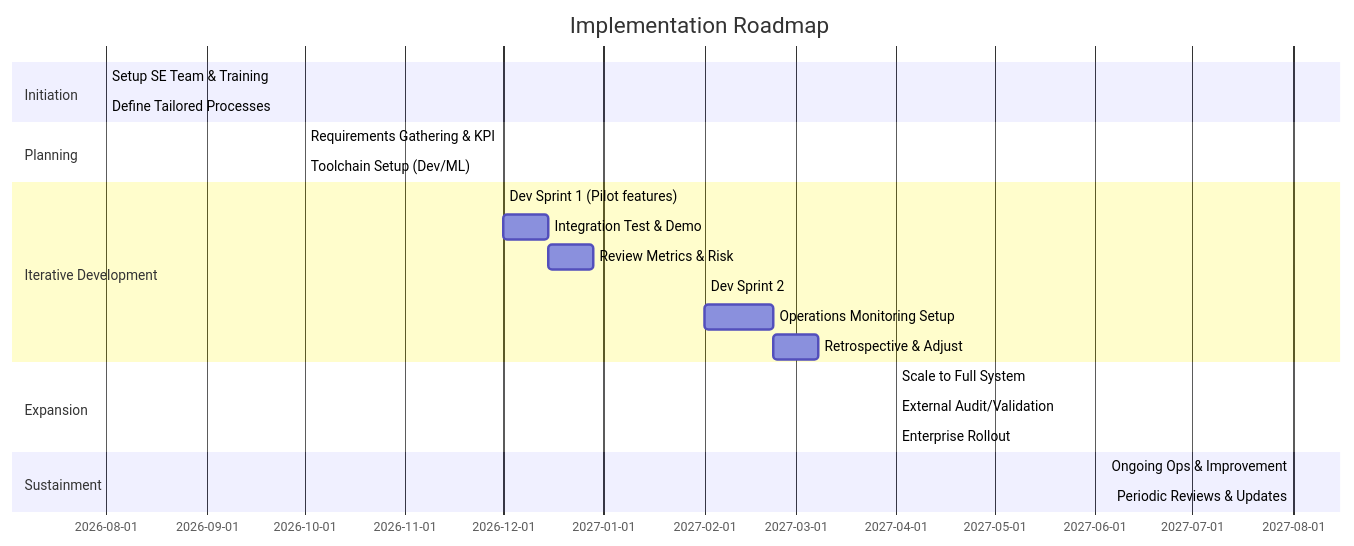
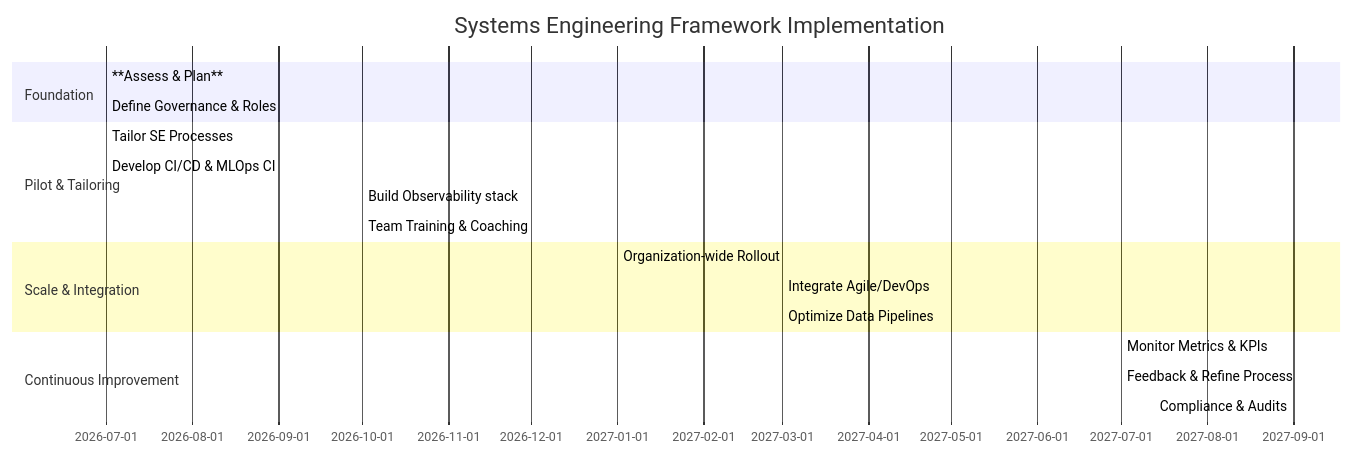
The diagram in Executive Summary.md (Loofy147/meta-framework), drawn with Mermaid before and after one commit. The commit also changed other lines of this file and 6 other files, not shown here.

Commit message:
Implement ISO 15288-based Strategic Systems Engineering Framework

````diff
--- a/Executive Summary.md
+++ b/Executive Summary.md
@@ -85,31 +32,21 @@
 ```mermaid
 gantt
+    title Systems Engineering Framework Implementation
     dateFormat  YYYY-MM-DD
-    title Implementation Roadmap
-
-    section Initiation
-    Setup SE Team & Training      :a1, 2026-08-01, 1m
-    Define Tailored Processes     :a2, after a1, 1m
-
-    section Planning
-    Requirements Gathering & KPI :b1, 2026-10-01, 2m
-    Toolchain Setup (Dev/ML)      :b2, after b1, 2m
-
-    section Iterative Development
-    Dev Sprint 1 (Pilot features) :c1, 2026-12-01, 1m
-    Integration Test & Demo       :c2, after c1, 2w
-    Review Metrics & Risk         :c3, after c2, 2w
-
-    Dev Sprint 2                 :d1, 2027-02-01, 1m
-    Operations Monitoring Setup   :d2, after d1, 3w
-    Retrospective & Adjust        :d3, after d2, 2w
-
-    section Expansion
-    Scale to Full System         :e1, 2027-04-01, 2m
-    External Audit/Validation     :e2, after e1, 1m
-    Enterprise Rollout            :e3, after e2, 1m
-
-    section Sustainment
-    Ongoing Ops & Improvement   :f1, 2027-08-01, 4m
-    Periodic Reviews & Updates    :f2, after f1, 3m
+    section Foundation
+      **Assess & Plan**          :done,    a1, 2026-07-01, 2mo
+      Define Governance & Roles :done,    a2, 2026-07-01, 2mo
+    section Pilot & Tailoring
+      Tailor SE Processes       :active,  a3, after a1, 3mo
+      Develop CI/CD & MLOps CI  :         a4, after a2, 4mo
+      Build Observability stack :         a5, 2026-10-01, 2mo
+      Team Training & Coaching  :         a6, 2026-10-01, 3mo
+    section Scale & Integration
+      Organization-wide Rollout :         a7, 2027-01-01, 6mo
+      Integrate Agile/DevOps    :         a8, 2027-03-01, 6mo
+      Optimize Data Pipelines   :         a9, 2027-03-01, 6mo
+    section Continuous Improvement
+      Monitor Metrics & KPIs    :         a10, 2027-07-01, 12mo
+      Feedback & Refine Process :         a11, 2027-07-01, 12mo
+      Compliance & Audits       :         a12, 2027-09-01, 6mo
 ```
````
